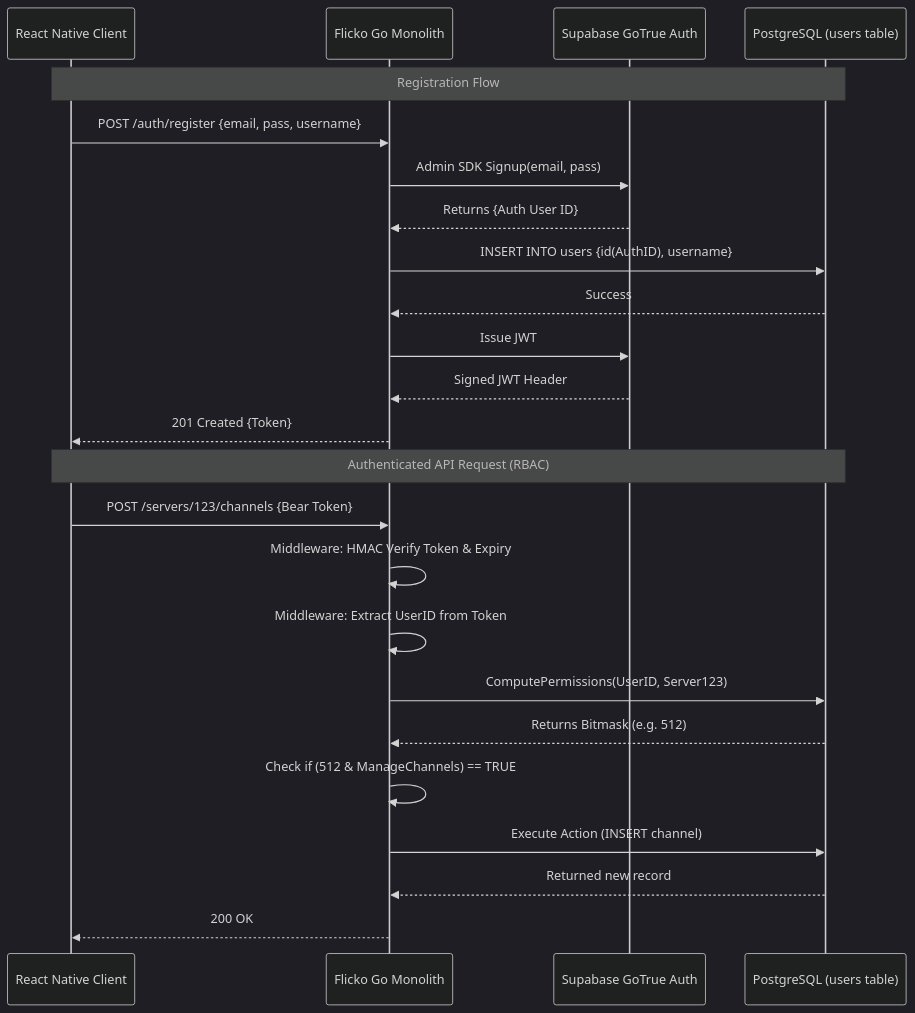
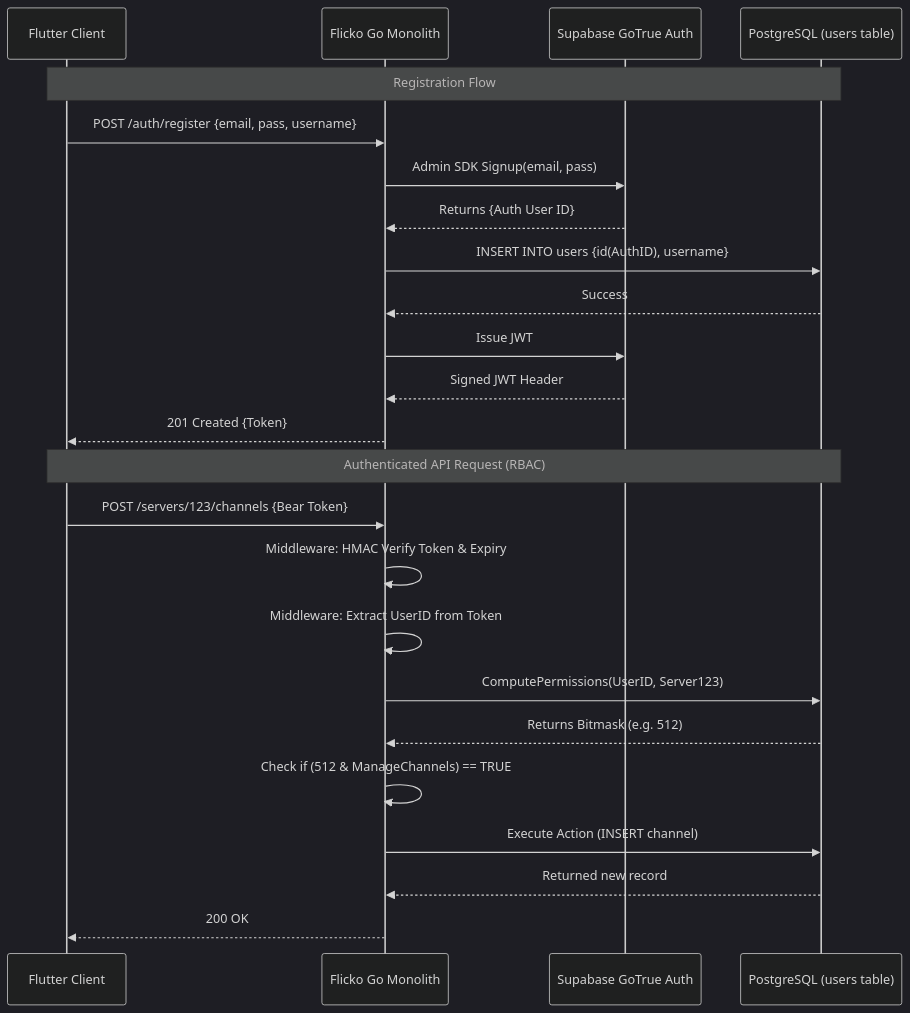
The diagram in docs/diagrams/auth-flow.mmd (Santosh-Prasad-Verma/Flicko), drawn with Mermaid (dark theme) before and after one commit. The commit also changed 3075 other files, not shown here.

```diff
--- a/docs/diagrams/auth-flow.mmd
+++ b/docs/diagrams/auth-flow.mmd
@@ -1,26 +1,26 @@
 sequenceDiagram
-    participant User as React Native Client
+    participant User as Flutter Client
     participant API as Flicko Go Monolith
     participant Auth as Supabase GoTrue Auth
     participant DB as PostgreSQL (users table)
 
     Note over User,DB: Registration Flow
     User->>API: POST /auth/register {email, pass, username}
     API->>Auth: Admin SDK Signup(email, pass)
     Auth-->>API: Returns {Auth User ID}
     API->>DB: INSERT INTO users {id(AuthID), username}
     DB-->>API: Success
     API->>Auth: Issue JWT
     Auth-->>API: Signed JWT Header
     API-->>User: 201 Created {Token}
 
     Note over User,DB: Authenticated API Request (RBAC)
     User->>API: POST /servers/123/channels {Bear Token}
     API->>API: Middleware: HMAC Verify Token & Expiry
     API->>API: Middleware: Extract UserID from Token
     API->>DB: ComputePermissions(UserID, Server123)
     DB-->>API: Returns Bitmask (e.g. 512)
     API->>API: Check if (512 & ManageChannels) == TRUE
     API->>DB: Execute Action (INSERT channel)
     DB-->>API: Returned new record
     API-->>User: 200 OK
```
